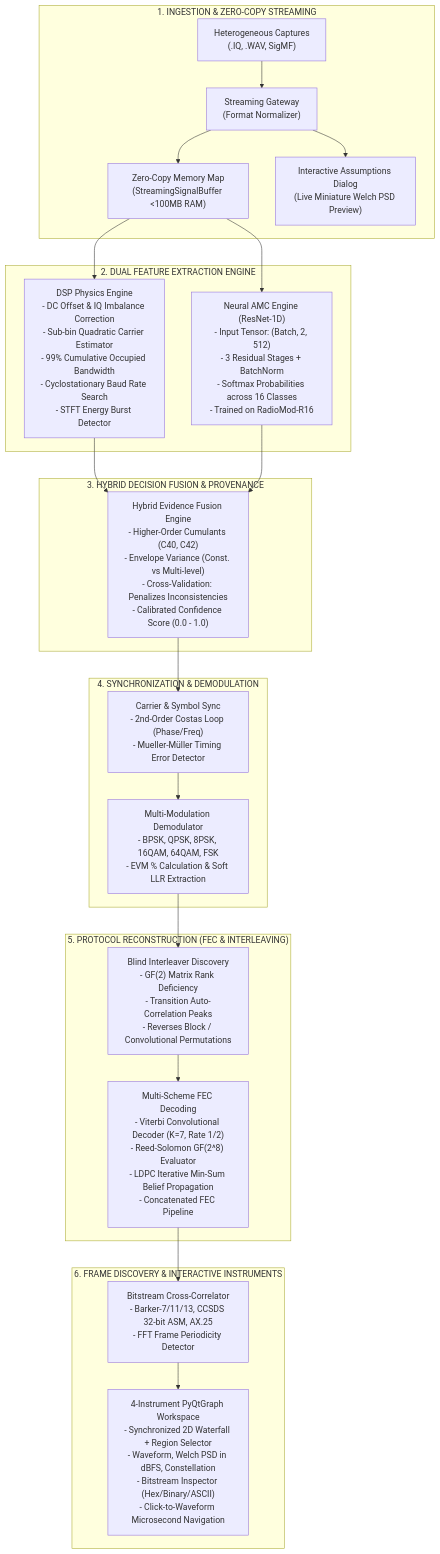
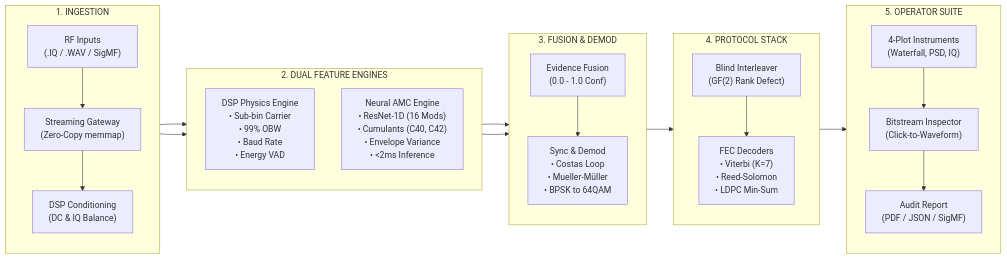
The diagram in docs/SIH_PPT_SLIDE_BY_SLIDE_BLUEPRINT.md (Alekhkr/PS2), drawn with Mermaid before and after one commit. The commit also changed other lines of this file, not shown here.

Commit message:
docs: condense Slide 3 Technical Approach flowchart for clean PPT presentation

````diff
--- a/docs/SIH_PPT_SLIDE_BY_SLIDE_BLUEPRINT.md
+++ b/docs/SIH_PPT_SLIDE_BY_SLIDE_BLUEPRINT.md
@@ -141,33 +144,41 @@
 ```mermaid
-flowchart TD
-    subgraph S1["1. INGESTION & ZERO-COPY STREAMING"]
-        IN1["Heterogeneous Captures\n(.IQ, .WAV, SigMF)"] --> IN2["Streaming Gateway\n(Format Normalizer)"]
-        IN2 --> MM["Zero-Copy Memory Map\n(StreamingSignalBuffer <100MB RAM)"]
-        IN2 --> AD["Interactive Assumptions Dialog\n(Live Miniature Welch PSD Preview)"]
+flowchart LR
+    subgraph INGEST["1. INGESTION"]
+        direction TB
+        RF["RF Inputs\n(.IQ / .WAV / SigMF)"] --> GW["Streaming Gateway\n(Zero-Copy memmap)"]
+        GW --> COND["DSP Conditioning\n(DC & IQ Balance)"]
     end
 
-    subgraph S2["2. DUAL FEATURE EXTRACTION ENGINE"]
-        MM --> DSP_ENG["DSP Physics Engine\n- DC Offset & IQ Imbalance Correction\n- Sub-bin Quadratic Carrier Estimator\n- 99% Cumulative Occupied Bandwidth\n- Cyclostationary Baud Rate Search\n- STFT Energy Burst Detector"]
-        MM --> NEU_ENG["Neural AMC Engine (ResNet-1D)\n- Input Tensor: (Batch, 2, 512)\n- 3 Residual Stages + BatchNorm\n- Softmax Probabilities across 16 Classes\n- Trained on RadioMod-R16"]
+    subgraph DUAL["2. DUAL FEATURE ENGINES"]
+        direction TB
+        DSP["DSP Physics Engine\n• Sub-bin Carrier\n• 99% OBW\n• Baud Rate\n• Energy VAD"]
+        AMC["Neural AMC Engine\n• ResNet-1D (16 Mods)\n• Cumulants (C40, C42)\n• Envelope Variance\n• <2ms Inference"]
     end
 
-    subgraph S3["3. HYBRID DECISION FUSION & PROVENANCE"]
-        DSP_ENG --> FUSION["Hybrid Evidence Fusion Engine\n- Higher-Order Cumulants (C40, C42)\n- Envelope Variance (Const. vs Multi-level)\n- Cross-Validation: Penalizes Inconsistencies\n- Calibrated Confidence Score (0.0 - 1.0)"]
-        NEU_ENG --> FUSION
+    subgraph SYNC_DEMOD["3. FUSION & DEMOD"]
+        direction TB
+        FUS["Evidence Fusion\n(0.0 - 1.0 Conf)"]
+        DEM["Sync & Demod\n• Costas Loop\n• Mueller-Müller\n• BPSK to 64QAM"]
+        FUS --> DEM
     end
 
-    subgraph S4["4. SYNCHRONIZATION & DEMODULATION"]
-        FUSION --> SYNC["Carrier & Symbol Sync\n- 2nd-Order Costas Loop (Phase/Freq)\n- Mueller-Müller Timing Error Detector"]
-        SYNC --> DEMOD["Multi-Modulation Demodulator\n- BPSK, QPSK, 8PSK, 16QAM, 64QAM, FSK\n- EVM % Calculation & Soft LLR Extraction"]
+    subgraph PROTO["4. PROTOCOL STACK"]
+        direction TB
+        INT["Blind Interleaver\n(GF(2) Rank Defect)"]
+        FEC["FEC Decoders\n• Viterbi (K=7)\n• Reed-Solomon\n• LDPC Min-Sum"]
+        INT --> FEC
     end
 
-    subgraph S5["5. PROTOCOL RECONSTRUCTION (FEC & INTERLEAVING)"]
-        DEMOD --> BLIND_INT["Blind Interleaver Discovery\n- GF(2) Matrix Rank Deficiency\n- Transition Auto-Correlation Peaks\n- Reverses Block / Convolutional Permutations"]
-        BLIND_INT --> FEC_DEC["Multi-Scheme FEC Decoding\n- Viterbi Convolutional Decoder (K=7, Rate 1/2)\n- Reed-Solomon GF(2^8) Evaluator\n- LDPC Iterative Min-Sum Belief Propagation\n- Concatenated FEC Pipeline"]
+    subgraph OUT["5. OPERATOR SUITE"]
+        direction TB
+        DASH["4-Plot Instruments\n(Waterfall, PSD, IQ)"]
+        BIT["Bitstream Inspector\n(Click-to-Waveform)"]
+        REP["Audit Report\n(PDF / JSON / SigMF)"]
+        DASH --> BIT --> REP
     end
 
-    subgraph S6["6. FRAME DISCOVERY & INTERACTIVE INSTRUMENTS"]
-        FEC_DEC --> CORR["Bitstream Cross-Correlator\n- Barker-7/11/13, CCSDS 32-bit ASM, AX.25\n- FFT Frame Periodicity Detector"]
-        CORR --> UI["4-Instrument PyQtGraph Workspace\n- Synchronized 2D Waterfall + Region Selector\n- Waveform, Welch PSD in dBFS, Constellation\n- Bitstream Inspector (Hex/Binary/ASCII)\n- Click-to-Waveform Microsecond Navigation"]
-    end
+    COND --> DSP & AMC
+    DSP & AMC --> FUS
+    DEM --> INT
+    FEC --> DASH
 ```
````
